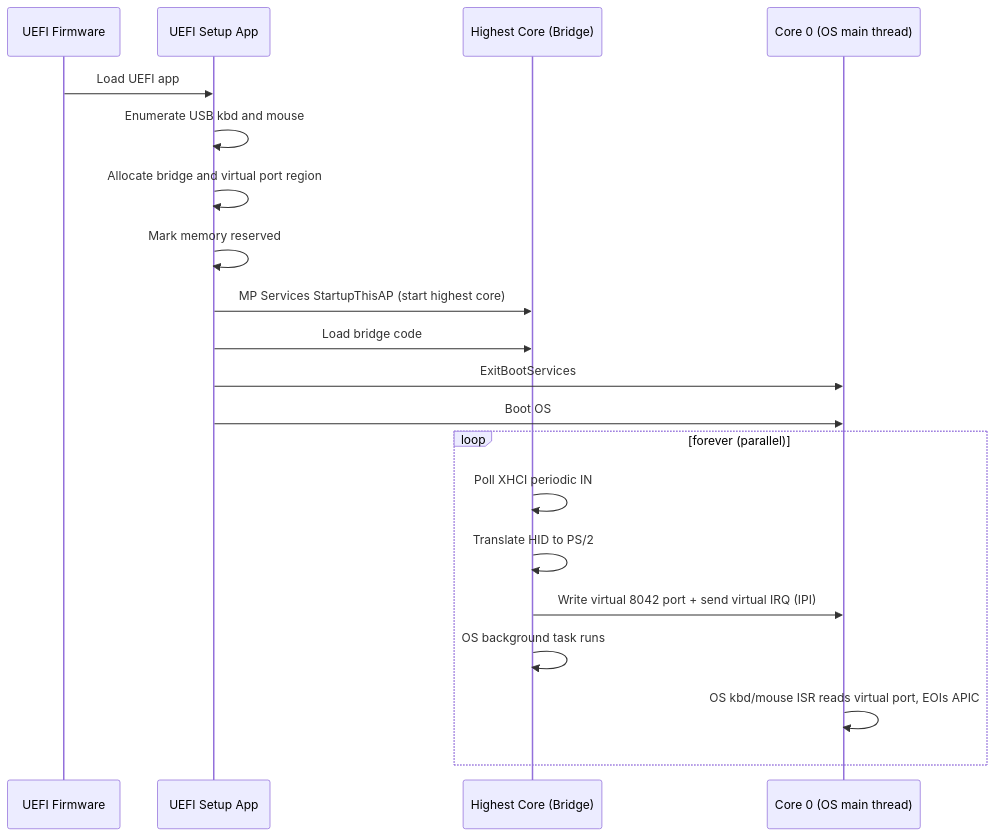
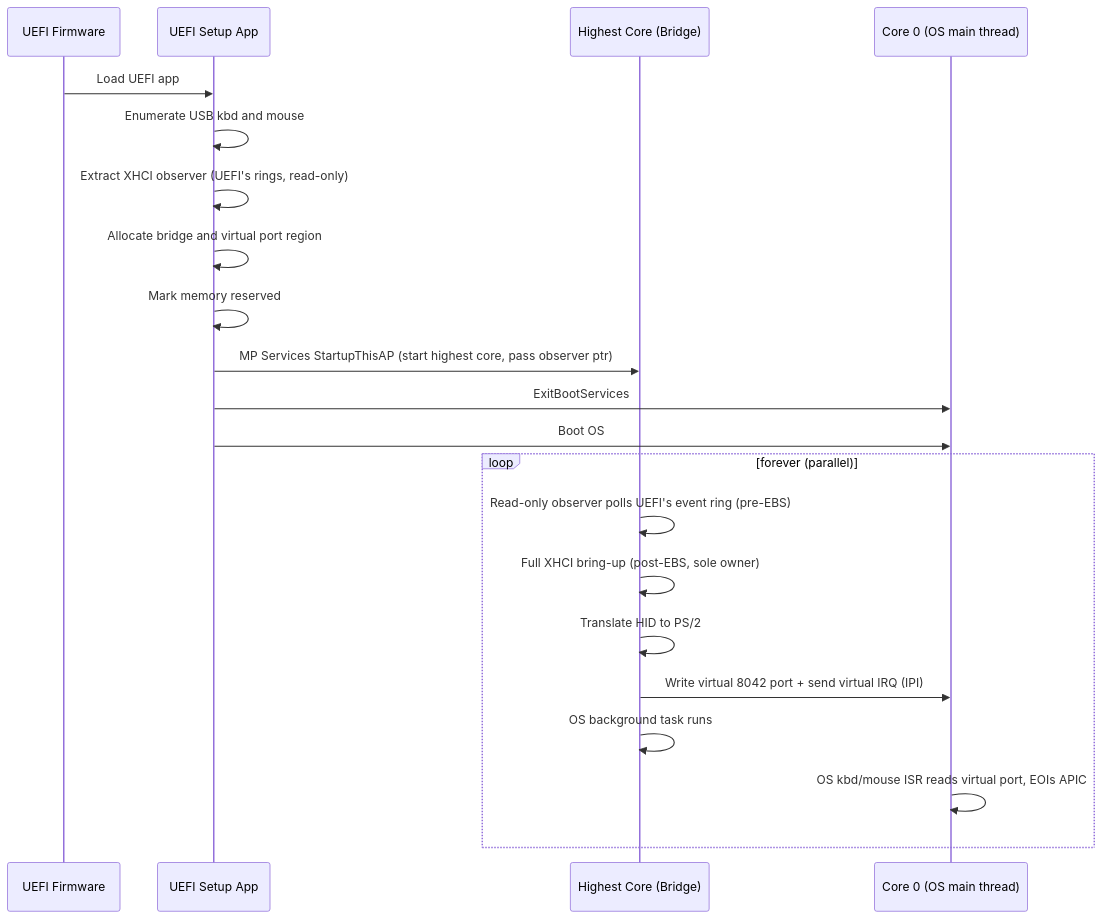
The second of 2 diagrams in docs/architecture.md (matjp/USB-Serial-Bridge), drawn with Mermaid before and after one commit. The commit also changed other lines of this file and 1 other file, not shown here.

Commit message:
docs: document AP as read-only passive observer of xHCI rings before EBS

````diff
--- a/docs/architecture.md
+++ b/docs/architecture.md
@@ -384,22 +404,23 @@
 ```mermaid
 sequenceDiagram
     participant FW as UEFI Firmware
     participant APP as UEFI Setup App
     participant CN as Highest Core (Bridge)
     participant C0 as Core 0 (OS main thread)
     FW->>APP: Load UEFI app
     APP->>APP: Enumerate USB kbd and mouse
+    APP->>APP: Extract XHCI observer (UEFI's rings, read-only)
     APP->>APP: Allocate bridge and virtual port region
     APP->>APP: Mark memory reserved
-    APP->>CN: MP Services StartupThisAP (start highest core)
-    APP->>CN: Load bridge code
+    APP->>CN: MP Services StartupThisAP (start highest core, pass observer ptr)
     APP->>C0: ExitBootServices
     APP->>C0: Boot OS
     loop forever (parallel)
-        CN->>CN: Poll XHCI periodic IN
+        CN->>CN: Read-only observer polls UEFI's event ring (pre-EBS)
+        CN->>CN: Full XHCI bring-up (post-EBS, sole owner)
         CN->>CN: Translate HID to PS/2
         CN->>C0: Write virtual 8042 port + send virtual IRQ (IPI)
         CN->>CN: OS background task runs
         C0->>C0: OS kbd/mouse ISR reads virtual port, EOIs APIC
     end
 ```
````
